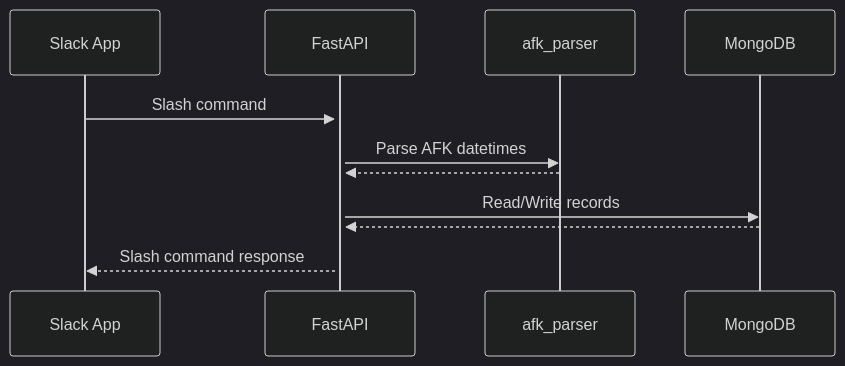
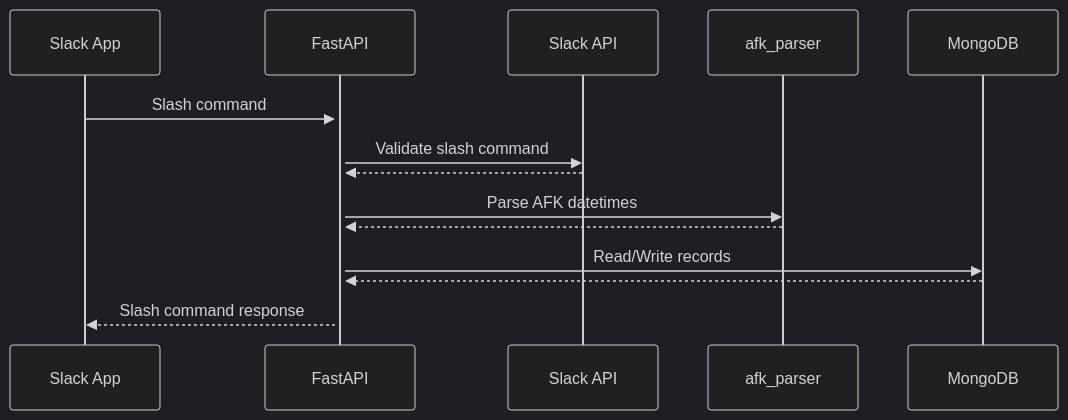
One commit to astr0n0mer/afk_slackbot changed the second of 2 diagrams in README.md. Above: the diagram before and after it, drawn with Mermaid (dark theme). The commit also changed other lines of this file, not shown here.

````diff
--- a/README.md
+++ b/README.md
@@ -14,11 +16,11 @@
 ```mermaid
 sequenceDiagram
     Slack App->>+FastAPI: Slash command
-    %% FastAPI->>Slack API: Validate slash command
-    %% Slack API-->>FastAPI: Validate slash command
+    FastAPI->>Slack API: Validate slash command
+    Slack API-->>FastAPI: 
     FastAPI->>afk_parser: Parse AFK datetimes
     afk_parser-->>FastAPI: 
     FastAPI->>MongoDB: Read/Write records
     MongoDB-->>FastAPI: 
     FastAPI-->>Slack App: Slash command response
 ```
````
